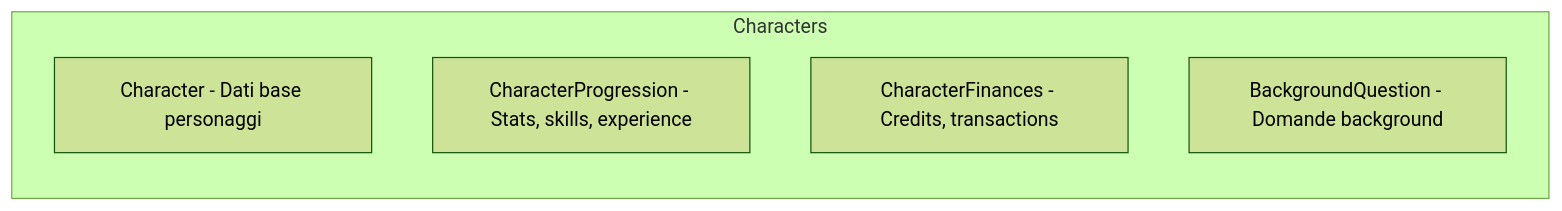
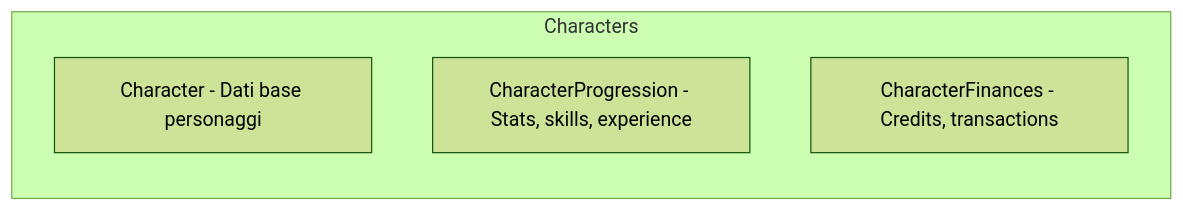
One commit to pagliagen/tenpennynovels changed the second of 13 diagrams in docs/01-infrastructure/mongodb-schemas.md. Above: the diagram before and after it, drawn with Mermaid (forest theme). The commit also changed other lines of this file and 86 other files, not shown here.

````diff
--- a/docs/01-infrastructure/mongodb-schemas.md
+++ b/docs/01-infrastructure/mongodb-schemas.md
@@ -35,9 +35,8 @@
 ```mermaid
 flowchart LR
     subgraph Characters["Characters"]
         Character[Character - Dati base personaggi]
         CharacterProgression[CharacterProgression - Stats, skills, experience]
         CharacterFinances[CharacterFinances - Credits, transactions]
-        BackgroundQuestion[BackgroundQuestion - Domande background]
     end
 ```
````
